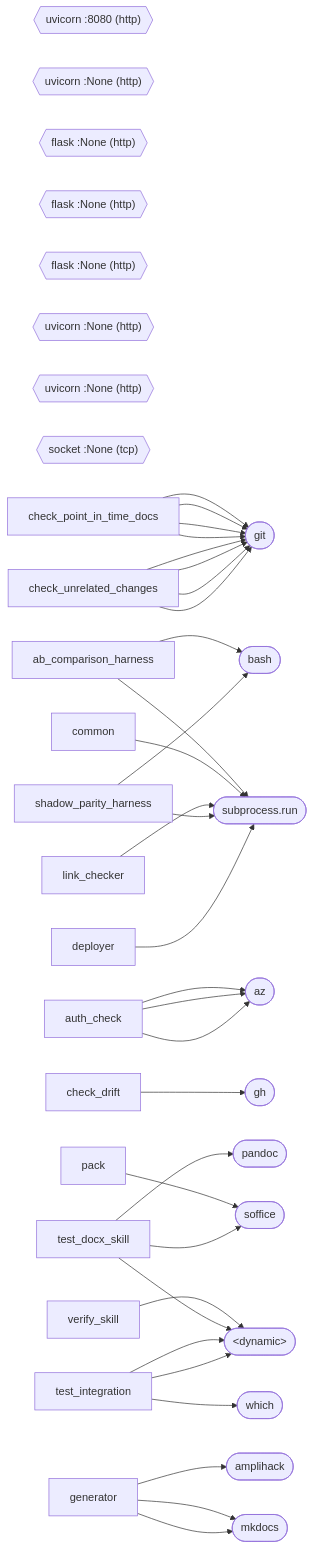
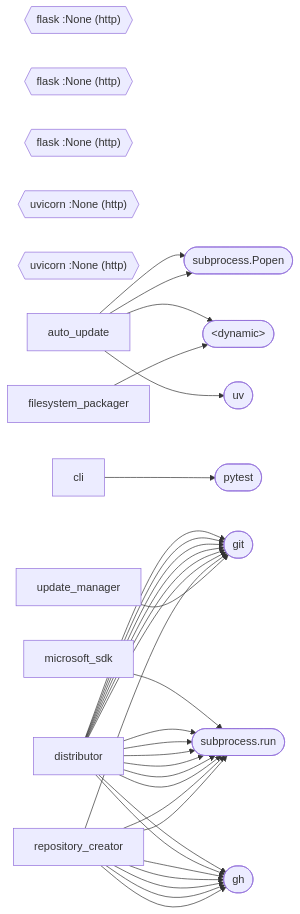
The diagram in docs/atlas/runtime-topology/index.md (rysweet/amplihack), drawn with Mermaid before and after one commit. The commit also changed other lines of this file and 570 other files, not shown here.

````diff
--- a/docs/atlas/runtime-topology/index.md
+++ b/docs/atlas/runtime-topology/index.md
@@ -19,66 +19,52 @@
     ```mermaid
     graph LR
-        S0(["git"])
-        S1(["bash"])
-        S2(["subprocess.run"])
-        S3(["az"])
-        S4(["gh"])
-        S5(["soffice"])
-        S6(["&lt;dynamic&gt;"])
-        S7(["mkdocs"])
-        S8(["amplihack"])
-        S9(["pandoc"])
-        S10(["which"])
-        B0{{"uvicorn :8080 (http)"}}
-        B1{{"uvicorn :None (http)"}}
+        S0(["subprocess.run"])
+        S1(["uv"])
+        S2(["subprocess.Popen"])
+        S3(["&lt;dynamic&gt;"])
+        S4(["pytest"])
+        S5(["gh"])
+        S6(["git"])
+        B0{{"flask :None (http)"}}
+        B1{{"flask :None (http)"}}
         B2{{"flask :None (http)"}}
-        B3{{"flask :None (http)"}}
-        B4{{"flask :None (http)"}}
-        B5{{"uvicorn :None (http)"}}
-        B6{{"uvicorn :None (http)"}}
-        B7{{"socket :None (tcp)"}}
-        FN0["check_point_in_time_docs"]
+        B3{{"uvicorn :None (http)"}}
+        B4{{"uvicorn :None (http)"}}
+        FN0["microsoft_sdk"]
         FN0 --> S0
-        FN0 --> S0
-        FN0 --> S0
-        FN0 --> S0
-        FN1["check_unrelated_changes"]
-        FN1 --> S0
-        FN1 --> S0
-        FN1 --> S0
-        FN1 --> S0
-        FN2["ab_comparison_harness"]
-        FN2 --> S1
-        FN2 --> S2
-        FN3["auth_check"]
-        FN3 --> S3
-        FN3 --> S3
-        FN3 --> S3
-        FN4["common"]
-        FN4 --> S2
-        FN5["link_checker"]
-        FN5 --> S2
-        FN6["shadow_parity_harness"]
-        FN6 --> S1
-        FN6 --> S2
-        FN7["check_drift"]
-        FN7 --> S4
-        FN8["pack"]
-        FN8 --> S5
-        FN9["verify_skill"]
-        FN9 --> S6
-        FN10["deployer"]
-        FN10 --> S2
-        FN11["generator"]
-        FN11 --> S7
-        FN11 --> S7
-        FN11 --> S8
-        FN12["test_docx_skill"]
-        FN12 --> S5
-        FN12 --> S6
-        FN12 --> S9
-        FN13["test_integration"]
-        FN13 --> S10
-        FN13 --> S6
-        FN13 --> S6
+        FN1["auto_update"]
+        FN1 --> S1
+        FN1 --> S2
+        FN1 --> S3
+        FN1 --> S2
+        FN2["cli"]
+        FN2 --> S4
+        FN3["distributor"]
+        FN3 --> S5
+        FN3 --> S0
+        FN3 --> S0
+        FN3 --> S5
+        FN3 --> S0
+        FN3 --> S6
+        FN3 --> S6
+        FN3 --> S6
+        FN3 --> S6
+        FN3 --> S0
+        FN3 --> S0
+        FN3 --> S0
+        FN3 --> S6
+        FN3 --> S6
+        FN4["filesystem_packager"]
+        FN4 --> S3
+        FN5["repository_creator"]
+        FN5 --> S5
+        FN5 --> S5
+        FN5 --> S0
+        FN5 --> S0
+        FN5 --> S5
+        FN5 --> S5
+        FN5 --> S6
+        FN5 --> S5
+        FN6["update_manager"]
+        FN6 --> S6
     ```
````
